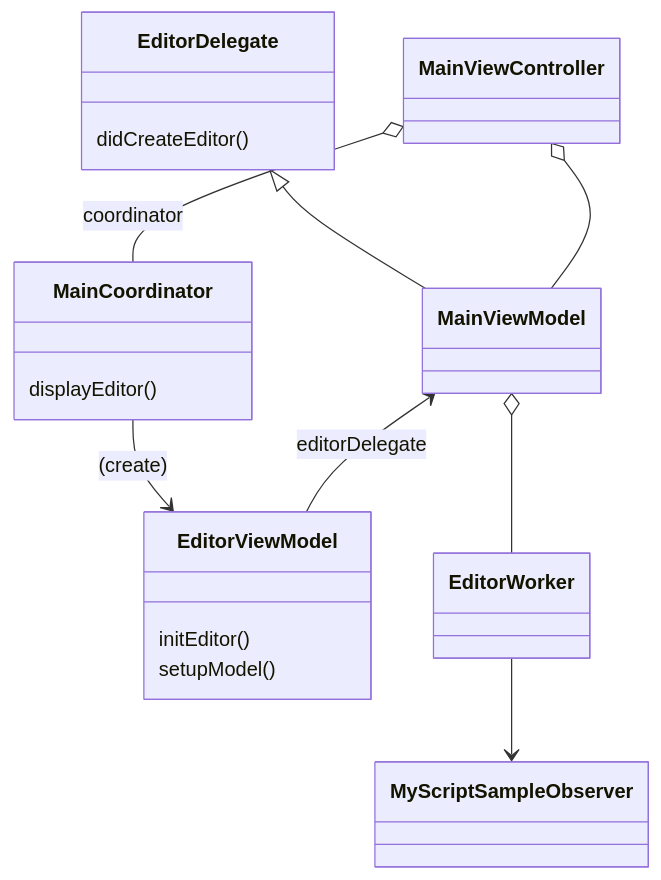
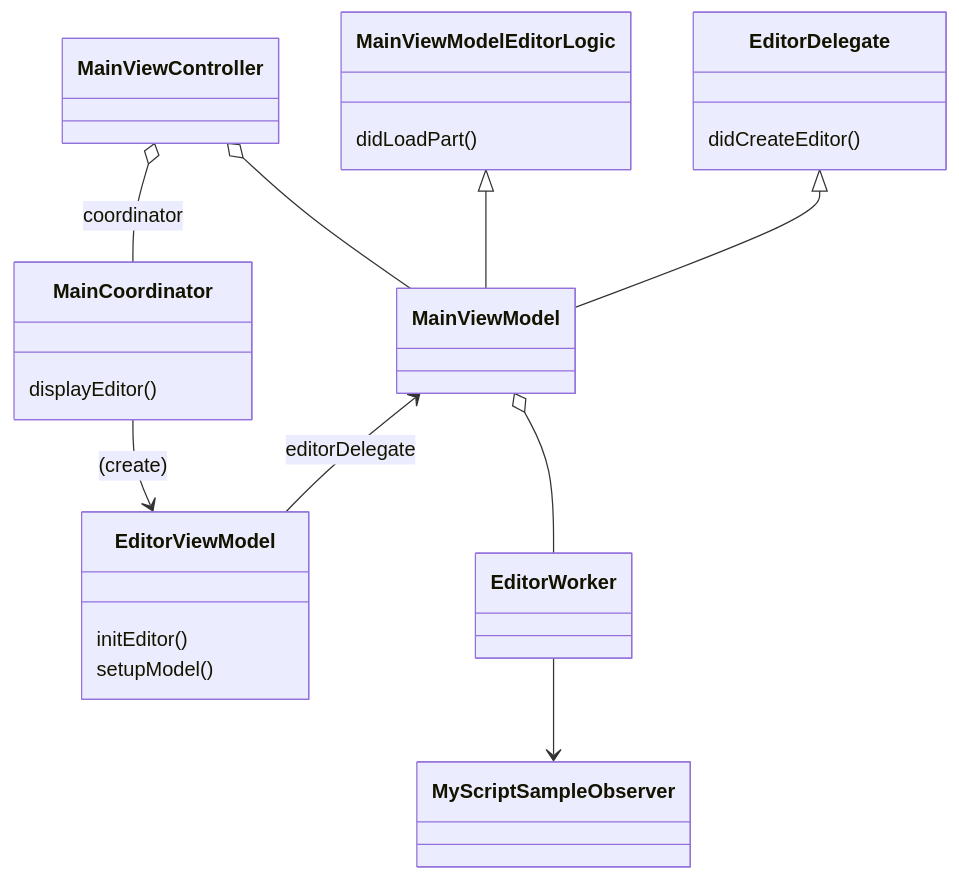
One commit to ingun37/markdown-math changed the diagram in README.md. Above: the diagram before and after it, drawn with Mermaid.

````diff
--- a/README.md
+++ b/README.md
@@ -95,14 +95,16 @@
 ```mermaid
 classDiagram
+EditorDelegate <|-- MainViewModel
+MainViewModelEditorLogic <|-- MainViewModel
+MainViewModelEditorLogic : didLoadPart()
 MainViewController o-- MainViewModel
 MainViewController o-- MainCoordinator : coordinator
 MainCoordinator : displayEditor()
 MainViewModel <-- EditorViewModel : editorDelegate
 EditorViewModel : initEditor()
 EditorViewModel : setupModel()
-EditorDelegate <|-- MainViewModel
 EditorDelegate : didCreateEditor()
 EditorWorker --> MyScriptSampleObserver
 MainViewModel o-- EditorWorker
 MainCoordinator --> EditorViewModel : (create)
 ```
````
